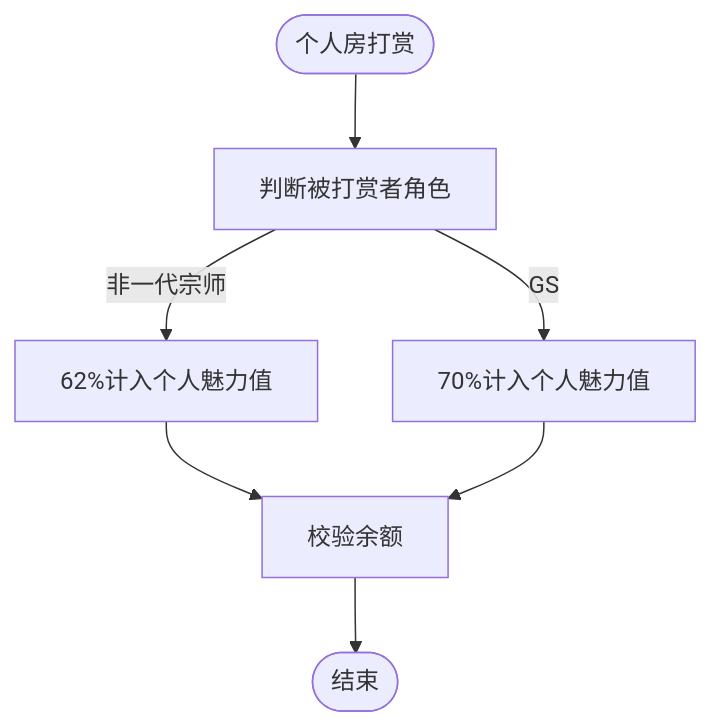
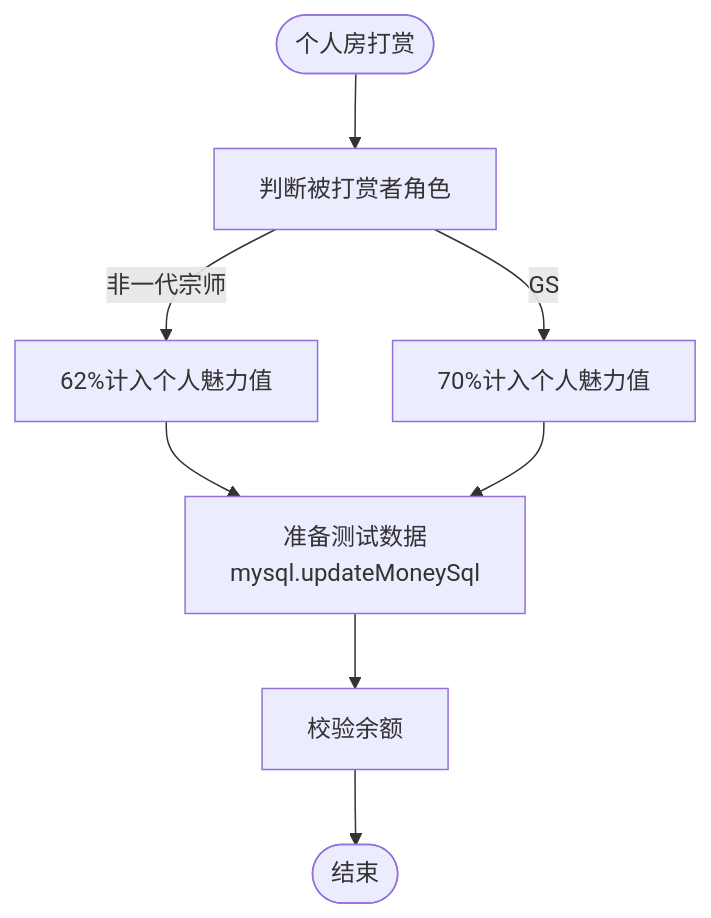
The seventh of 8 diagrams in .qoder/repowiki/zh/content/支付测试用例/房间支付测试/房间支付测试.md (liximing1-ola/qa-payTest), drawn with Mermaid before and after one commit. The commit also changed other lines of this file and 103 other files, not shown here.

````diff
--- a/.qoder/repowiki/zh/content/支付测试用例/房间支付测试/房间支付测试.md
+++ b/.qoder/repowiki/zh/content/支付测试用例/房间支付测试/房间支付测试.md
@@ -387,9 +412,10 @@
 ```mermaid
 flowchart TD
 Start(["个人房打赏"]) --> Role["判断被打赏者角色"]
 Role --> |非一代宗师| R1["62%计入个人魅力值"]
 Role --> |GS| R2["70%计入个人魅力值"]
-R1 --> Check["校验余额"]
-R2 --> Check
+R1 --> Prepare["准备测试数据<br/>mysql.updateMoneySql"]
+R2 --> Prepare
+Prepare --> Check["校验余额"]
 Check --> End(["结束"])
 ```
````
